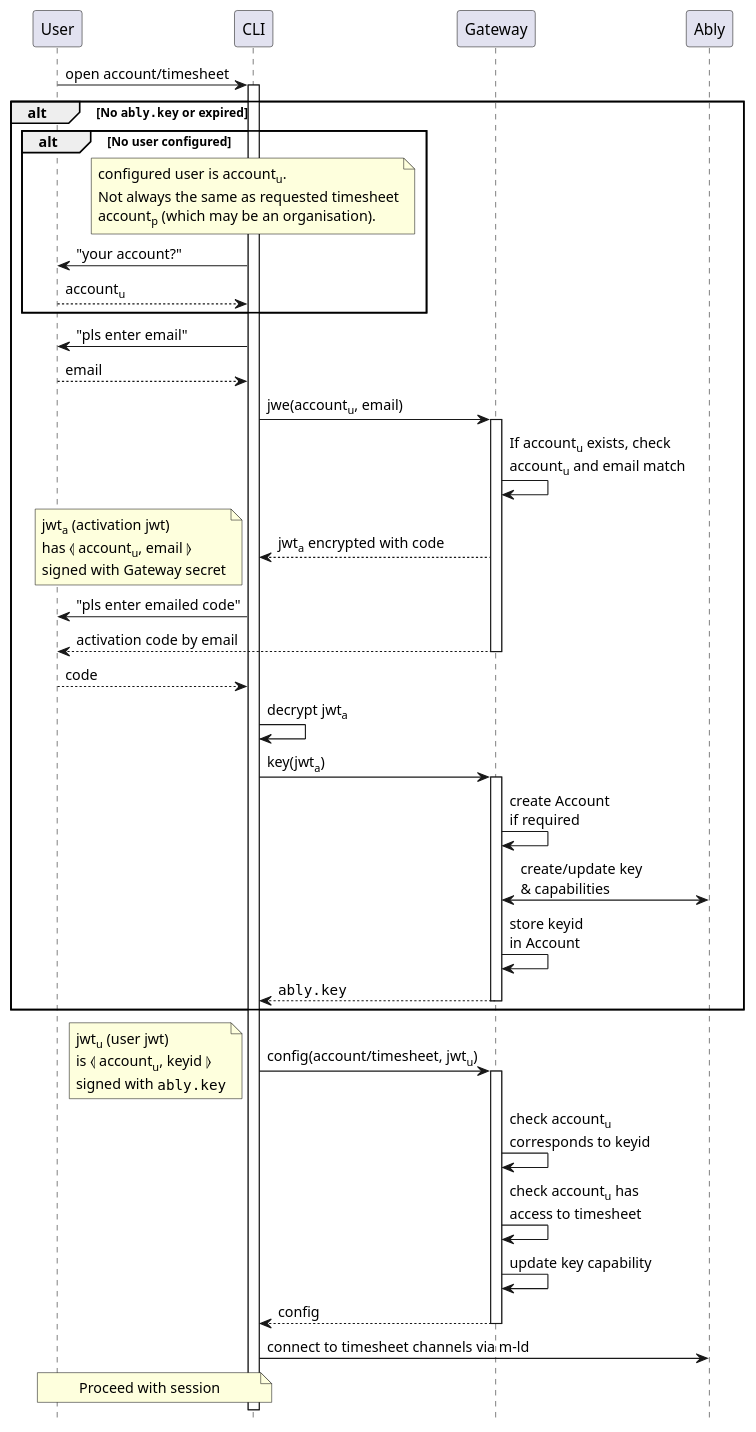
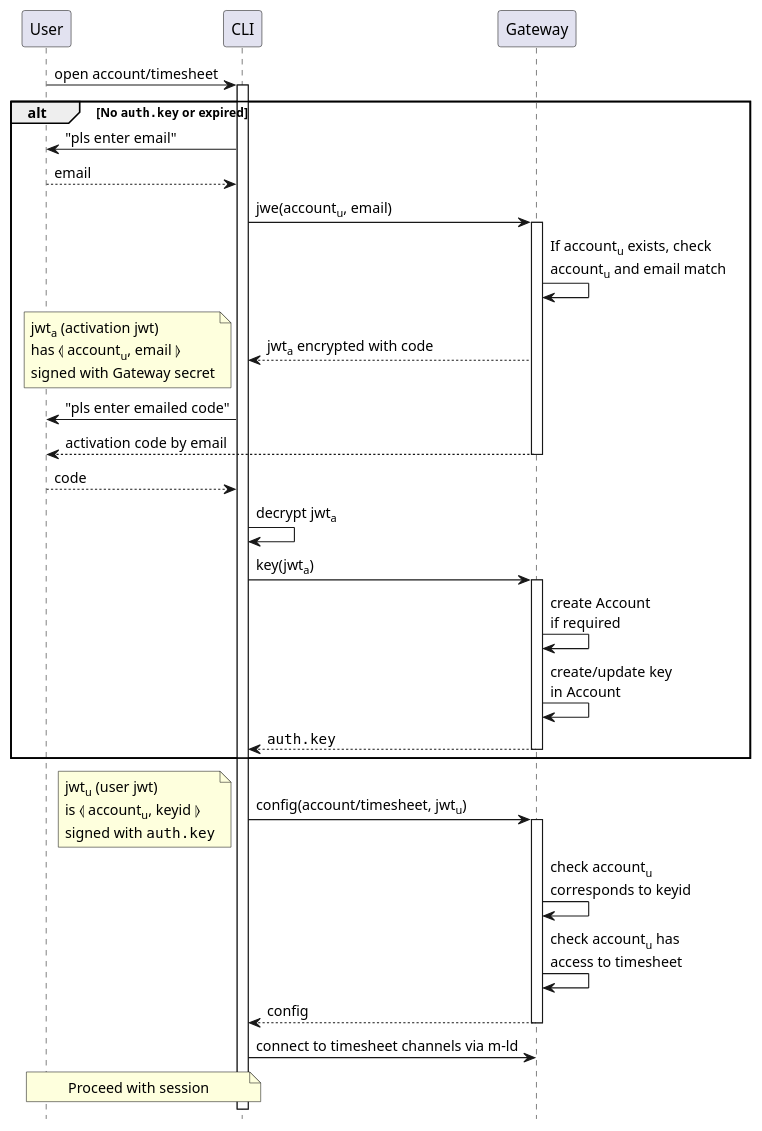
The diagram in architecture/security/register-cli.seq.puml (m-ld/timeld), drawn with PlantUML before and after one commit. The commit also changed 10 other files, not shown here.

Commit message:
Deployment diagram Removal of Ably from architecture

```diff
--- a/architecture/security/register-cli.seq.puml
+++ b/architecture/security/register-cli.seq.puml
@@ -1,54 +1,43 @@
 @startuml
 'https://plantuml.com/sequence-diagram
 hide footbox
 
 User -> CLI ++: open account/timesheet
-alt No ""ably.key"" or expired
-  alt No user configured
-    note over CLI
-      configured user is account<sub>u</sub>.
-      Not always the same as requested timesheet
-      account<sub>p</sub> (which may be an organisation).
-    end note
-    CLI -> User: "your account?"
-    User --> CLI: account<sub>u</sub>
-  end
+alt No ""auth.key"" or expired
   CLI -> User: "pls enter email"
   User --> CLI: email
   CLI -> Gateway ++: jwe(account<sub>u</sub>, email)
   Gateway -> Gateway: If account<sub>u</sub> exists, check\naccount<sub>u</sub> and email match
   Gateway --> CLI: jwt<sub>a</sub> encrypted with code
   note left
     jwt<sub>a</sub> (activation jwt)
     has ⦉ account<sub>u</sub>, email ⦊
     signed with Gateway secret
   end note
   CLI -> User: "pls enter emailed code"
   Gateway --> User --: activation code by email
 
   User --> CLI: code
   ' TODO: brute force attack (look for a parseable JWT)
   CLI -> CLI: decrypt jwt<sub>a</sub>
   ' TODO: replay attack within JWT validity period
   CLI -> Gateway ++: key(jwt<sub>a</sub>)
   Gateway -> Gateway: create Account\nif required
-  Gateway <-> Ably: create/update key\n& capabilities
-  Gateway -> Gateway: store keyid\nin Account
-  return ""ably.key""
+  Gateway -> Gateway: create/update key\nin Account
+  return ""auth.key""
 end
 
 CLI -> Gateway ++: config(account/timesheet, jwt<sub>u</sub>)
 note left
   jwt<sub>u</sub> (user jwt)
   is ⦉ account<sub>u</sub>, keyid ⦊
-  signed with ""ably.key""
+  signed with ""auth.key""
 end note
 Gateway -> Gateway: check account<sub>u</sub>\ncorresponds to keyid
 Gateway -> Gateway: check account<sub>u</sub> has\naccess to timesheet
-Gateway -> Gateway: update key capability
 return config
 
-CLI -> Ably: connect to timesheet channels via m-ld
+CLI -> Gateway: connect to timesheet channels via m-ld
 note over User, CLI: Proceed with session
 
 @enduml
```
